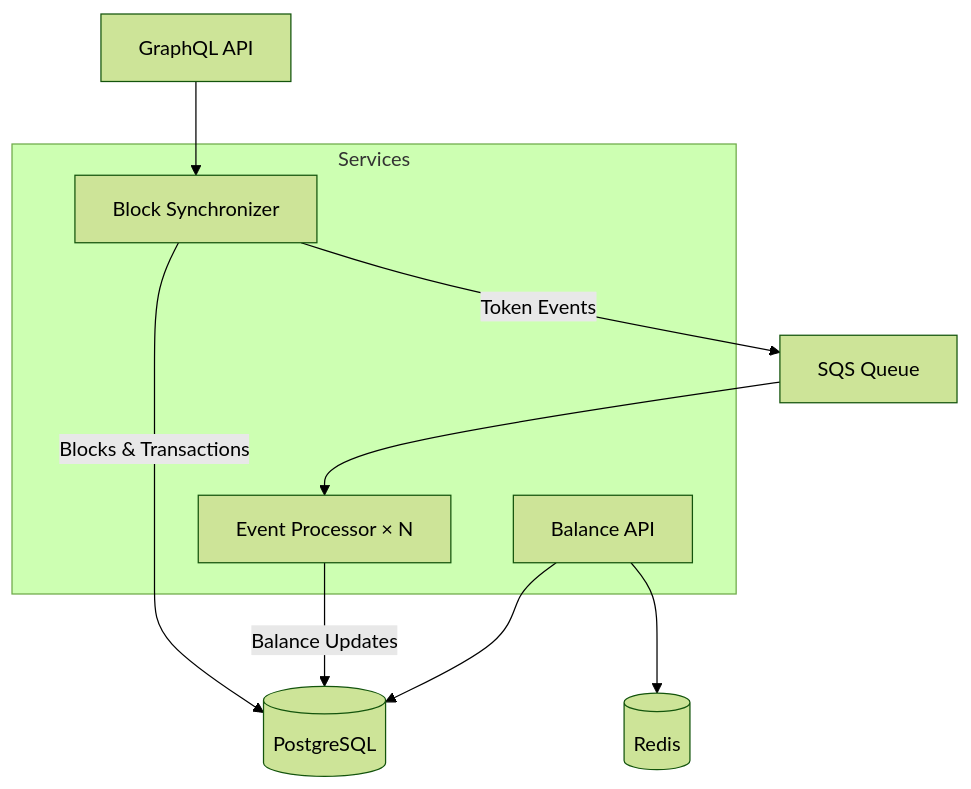
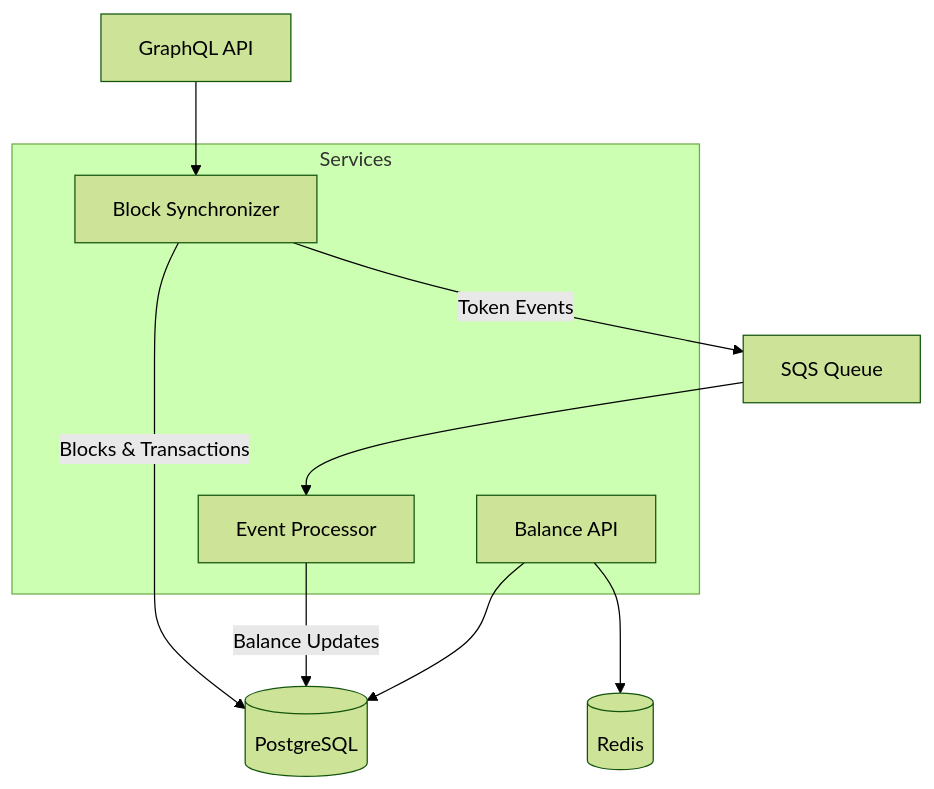
The diagram in README.md (junghoon-vans/gnoland-balance-indexer), drawn with Mermaid (forest theme) before and after one commit. The commit also changed other lines of this file, not shown here.

````diff
--- a/README.md
+++ b/README.md
@@ -15,21 +15,21 @@
 ```mermaid
 graph TB
     subgraph "Services"
         BS[Block Synchronizer]
-        EP[Event Processor × N]
+        EP[Event Processor]
         API[Balance API]
     end
 
     GQL[GraphQL API]
     PG[(PostgreSQL)]
     SQS[SQS Queue]
     REDIS[(Redis)]
 
     GQL --> BS
     BS --> |Blocks & Transactions|PG
     BS --> |Token Events| SQS
     SQS --> EP
     EP --> |Balance Updates|PG
     API --> PG
     API --> REDIS
 ```
````
